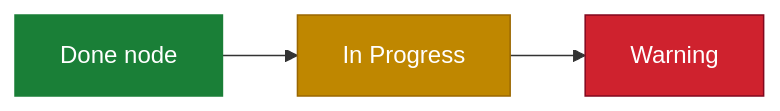
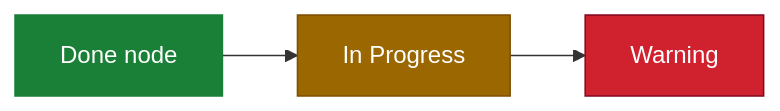
Before and after one commit to phantom-suzuki/dotfiles: the diagram in private_dot_claude/docs/mermaid-conventions.md, drawn with Mermaid. The commit also changed other lines of this file and 3 other files, not shown here.

````diff
--- a/private_dot_claude/docs/mermaid-conventions.md
+++ b/private_dot_claude/docs/mermaid-conventions.md
@@ -23,10 +23,10 @@
 ```mermaid
 graph LR
   A[Done node] --> B[In Progress] --> C[Warning]
   classDef done fill:#1a7f37,stroke:#1a7f37,color:#ffffff;
-  classDef inprog fill:#bf8700,stroke:#9a6700,color:#ffffff;
+  classDef inprog fill:#9a6700,stroke:#7d4e00,color:#ffffff;
   classDef warn fill:#cf222e,stroke:#82071e,color:#ffffff;
   class A done;
   class B inprog;
   class C warn;
 ```
````
